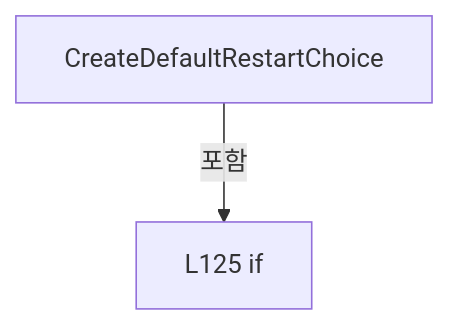
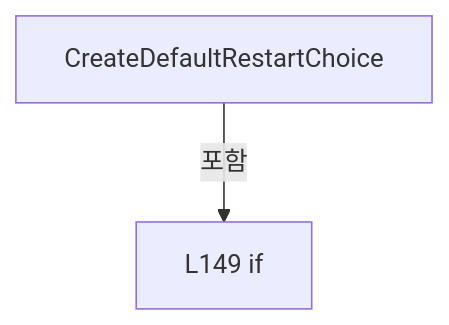
Before and after one commit to kjuws10-rgb/Shared: the third of 6 diagrams in A3 LD Code Ref/files/Drilling.UI/Popup/CRecipeConfirmDialog.xaml.cs.md, drawn with Mermaid. The commit also changed other lines of this file and 8055 other files, not shown here.

Commit message:
docs(a3): trace Stage Glass Data and refresh architecture and full code reference

````diff
--- a/A3 LD Code Ref/files/Drilling.UI/Popup/CRecipeConfirmDialog.xaml.cs.md
+++ b/A3 LD Code Ref/files/Drilling.UI/Popup/CRecipeConfirmDialog.xaml.cs.md
@@ -946,6 +1046,6 @@
 ```mermaid
 flowchart TD
  M["CreateDefaultRestartChoice"]
- N0["L125 if"]
+ N0["L149 if"]
  M -->|포함| N0
 ```
````
